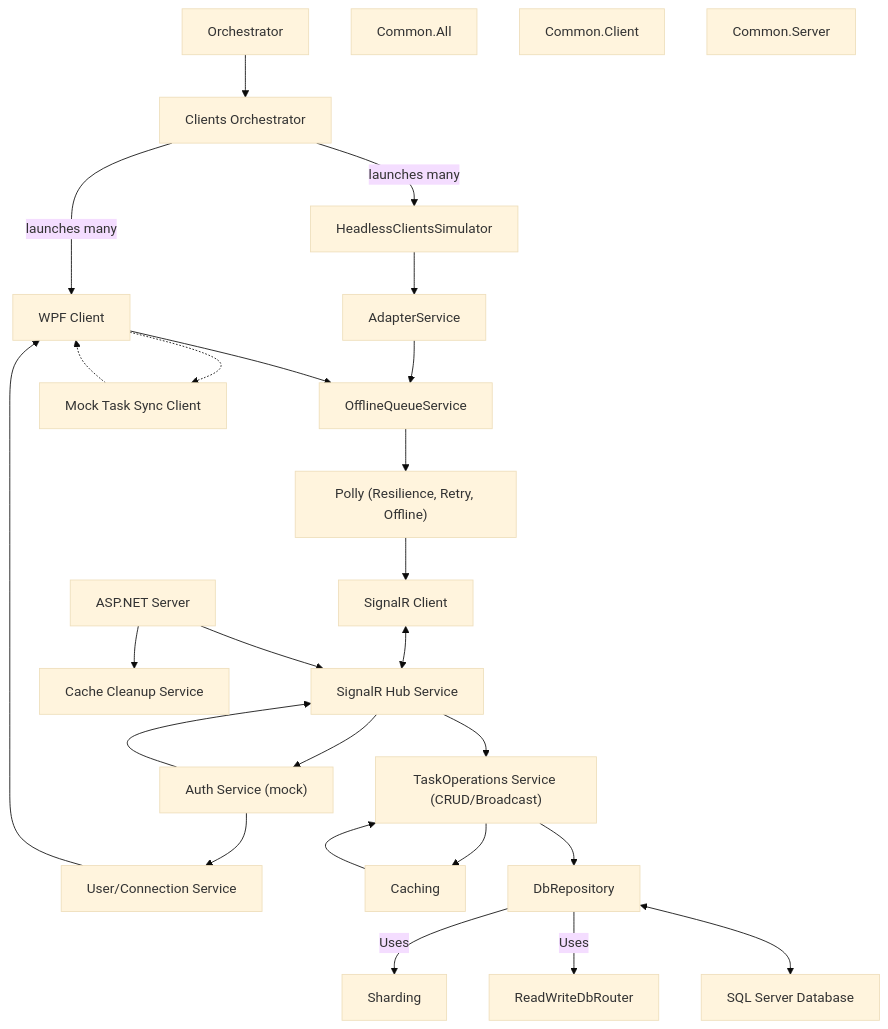
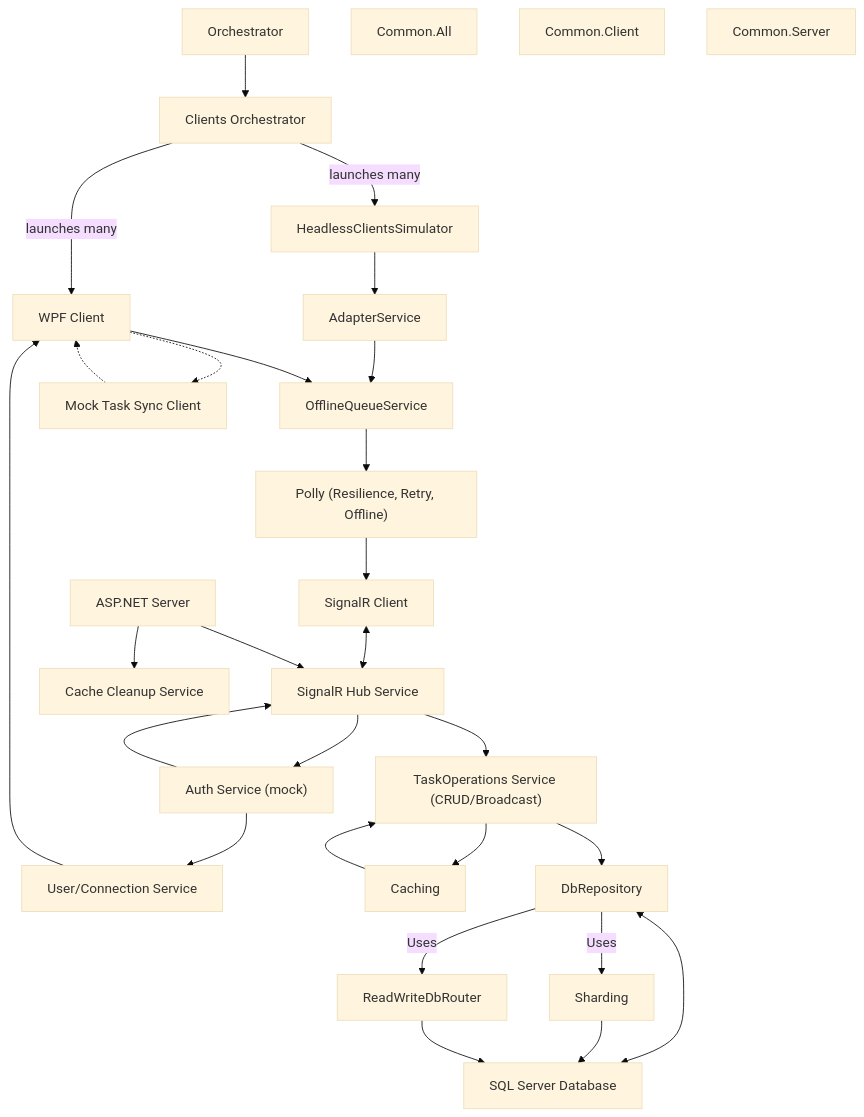
The diagram in README.md (shaunday/ToDos), drawn with Mermaid (base theme) before and after one commit. The commit also changed other lines of this file, not shown here.

````diff
--- a/README.md
+++ b/README.md
@@ -66,66 +66,72 @@
 ```mermaid
 flowchart TB
     %% Top: Orchestrator
     Orchestrator["Orchestrator"]
     ClientsOrchestrator["Clients Orchestrator"]
     Orchestrator --> ClientsOrchestrator
     ClientsOrchestrator -- "launches many" --> UI
     ClientsOrchestrator -- "launches many" --> HeadlessSim
     HeadlessSim["HeadlessClientsSimulator"]
     AdapterService["AdapterService"]
     HeadlessSim --> AdapterService
     AdapterService --> OfflineQueueService
 
     %% Client Side
+    UserConnService["User/Connection Service"]
     UI["WPF Client"]
     OfflineQueueService["OfflineQueueService"]
     Polly["Polly (Resilience, Retry, Offline)"]
     SignalRClient["SignalR Client"]
     Mock["Mock Task Sync Client"]
-    UserConnService["User/Connection Service"]
 
+    UserConnService --> UI
     UI --> OfflineQueueService
     OfflineQueueService --> Polly
     Polly --> SignalRClient
     UI -.-> Mock
     Mock -.-> UI
+
+    %% Divider: SignalR boundary
     SignalRClient <--> SignalRHub
-    UserConnService --> UI
+    %% --- Client/Server boundary ---
 
     %% Middle: Auth Service (mock)
     AuthService["Auth Service (mock)"]
     AuthService --> SignalRHub
     AuthService --> UserConnService
     SignalRHub --> AuthService
 
-    %% Middle: Server Side
+    %% Server Side
     SignalRHub["SignalR Hub Service"]
     TaskOperations["TaskOperations Service (CRUD/Broadcast)"]
     Caching["Caching"]
     DbRepository["DbRepository"]
-    Sharding["Sharding"]
-    ReadWriteDbRouter["ReadWriteDbRouter"]
-    DB["SQL Server Database"]
-    CacheCleanup["Cache Cleanup Service"]
-
+    ServerApp["ASP.NET Server"]
+    ServerApp --> SignalRHub
+    ServerApp --> CacheCleanup
     SignalRHub --> TaskOperations
     TaskOperations --> Caching
     Caching --> TaskOperations
     TaskOperations --> DbRepository
+    DbRepository <--> DB
+    CacheCleanup["Cache Cleanup Service"]
+
+    %% Sharding and ReadWriteDbRouter above DB
+    Sharding["Sharding"]
+    ReadWriteDbRouter["ReadWriteDbRouter"]
     DbRepository -- Uses --> Sharding
     DbRepository -- Uses --> ReadWriteDbRouter
-    DbRepository <--> DB
-    ServerApp["ASP.NET Server"]
-    ServerApp --> SignalRHub
-    ServerApp --> CacheCleanup
+    Sharding --> DB
+    ReadWriteDbRouter --> DB
+    DB["SQL Server Database"]
 
     %% Right: Shared/Common (top to bottom)
     CommonAll["Common.All"]
     CommonClient["Common.Client"]
     CommonServer["Common.Server"]
 
     %% Position common projects visually (no lines)
     CommonAll
     CommonClient
     CommonServer
 ```
````
